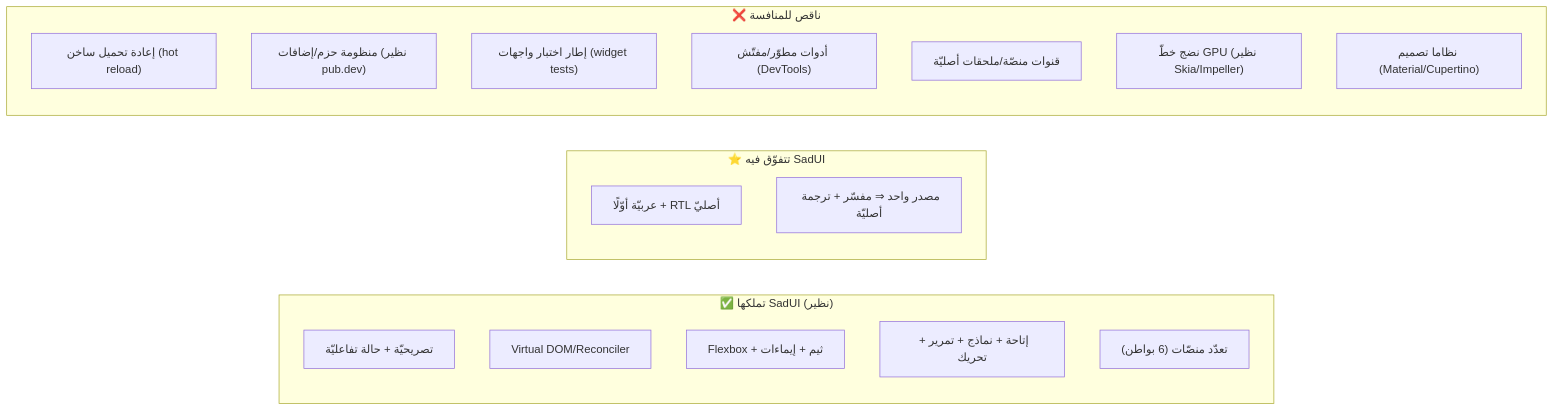
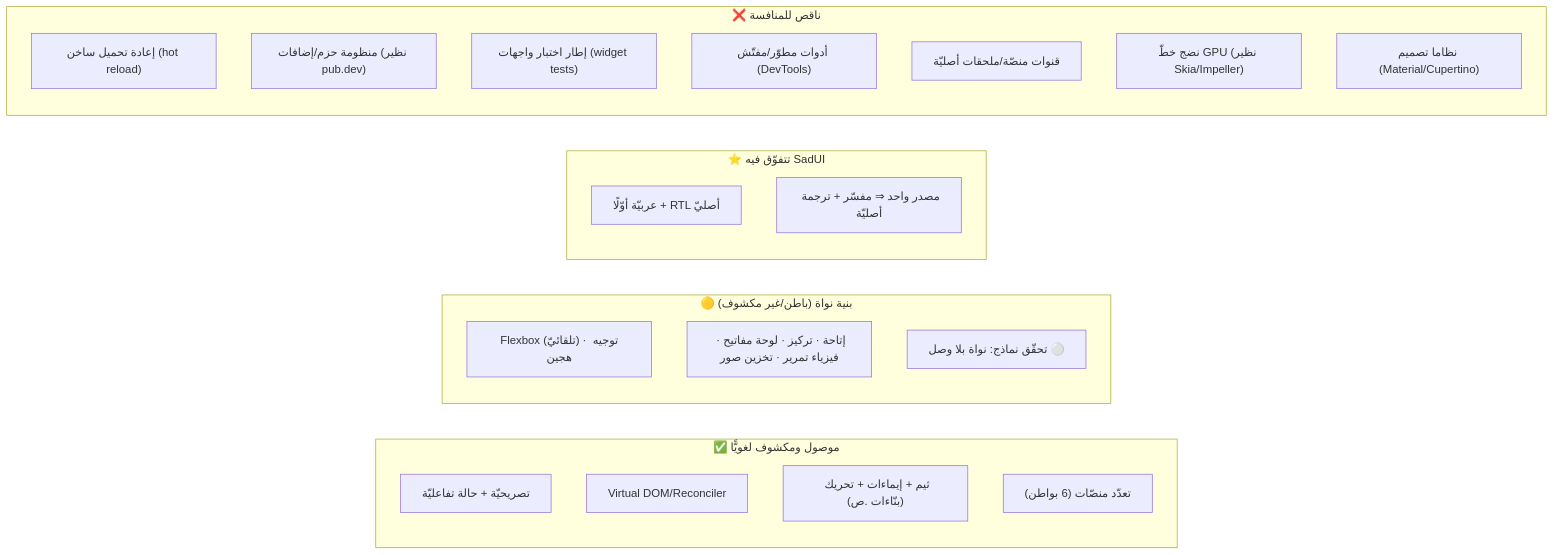
One commit to sadlang/sadlang-planning changed the third of 4 diagrams in projects/graphics-sadui/plan/قدرات-المكتبة-ومقارنة-flutter.md. Above: the diagram before and after it, drawn with Mermaid. The commit also changed other lines of this file, not shown here.

First line of the commit message:
graphics-sadui: مراجعة Amelia للقدرات — حسم الوصل (5/34 مكشوفة لغويًّا)

````diff
--- a/projects/graphics-sadui/plan/قدرات-المكتبة-ومقارنة-flutter.md
+++ b/projects/graphics-sadui/plan/قدرات-المكتبة-ومقارنة-flutter.md
@@ -63,23 +106,27 @@
 ```mermaid
 flowchart LR
-    subgraph HAS["✅ تملكها SadUI (نظير)"]
+    subgraph HAS["✅ موصول ومكشوف لغويًّا"]
         H1["تصريحيّة + حالة تفاعليّة"]
         H2["Virtual DOM/Reconciler"]
-        H3["Flexbox + ثيم + إيماءات"]
-        H4["إتاحة + نماذج + تمرير + تحريك"]
+        H3["ثيم + إيماءات + تحريك (بنّاءات .ص)"]
         H5["تعدّد منصّات (6 بواطن)"]
+    end
+    subgraph INFRA["🟡 بنية نواة (باطن/غير مكشوف)"]
+        I1["Flexbox (تلقائيّ) · توجيه هجين"]
+        I2["إتاحة · تركيز · لوحة مفاتيح · فيزياء تمرير · تخزين صور"]
+        I3["تحقّق نماذج: نواة بلا وصل ⚪"]
     end
     subgraph EDGE["⭐ تتفوّق فيه SadUI"]
         E1["عربيّة أوّلًا + RTL أصليّ"]
         E2["مصدر واحد ⇒ مفسّر + ترجمة أصليّة"]
     end
     subgraph GAP["❌ ناقص للمنافسة"]
         G1["إعادة تحميل ساخن (hot reload)"]
         G2["منظومة حزم/إضافات (نظير pub.dev)"]
         G3["إطار اختبار واجهات (widget tests)"]
         G4["أدوات مطوّر/مفتّش (DevTools)"]
         G5["قنوات منصّة/ملحقات أصليّة"]
         G6["نضج خطّ GPU (نظير Skia/Impeller)"]
         G7["نظاما تصميم (Material/Cupertino)"]
     end
 ```
````
